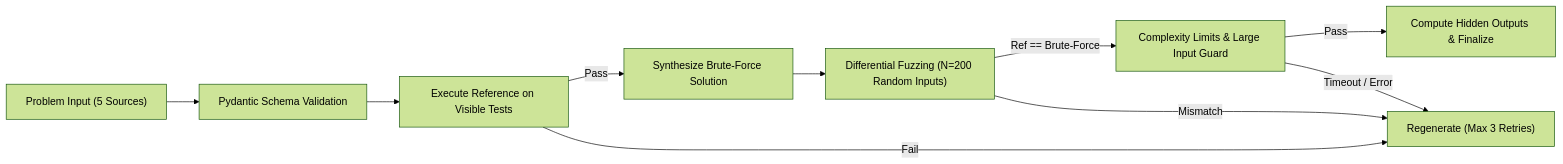
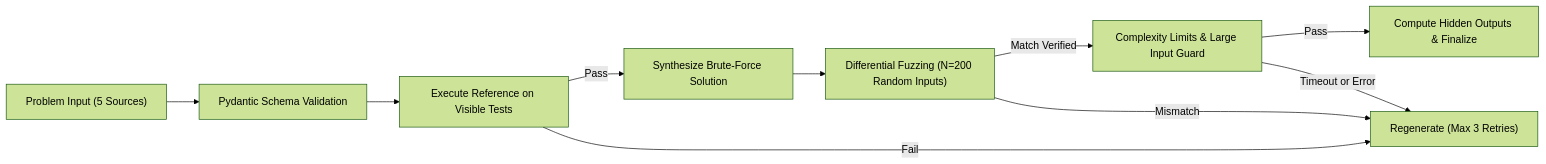
One commit to m0y0nk/Intervue changed the third of 3 diagrams in README.md. Above: the diagram before and after it, drawn with Mermaid (forest theme). The commit also changed other lines of this file, not shown here.

Commit message:
fix(doc): fixed mermaid syntax in readme

````diff
--- a/README.md
+++ b/README.md
@@ -185,12 +185,12 @@
 ```mermaid
 flowchart LR
     A["Problem Input (5 Sources)"] --> B["Pydantic Schema Validation"]
     B --> C["Execute Reference on Visible Tests"]
     C -->|Pass| D["Synthesize Brute-Force Solution"]
     C -->|Fail| R["Regenerate (Max 3 Retries)"]
     D --> E["Differential Fuzzing (N=200 Random Inputs)"]
-    E -->|Ref == Brute-Force| F["Complexity Limits & Large Input Guard"]
+    E -->|Match Verified| F["Complexity Limits & Large Input Guard"]
     E -->|Mismatch| R
     F -->|Pass| G["Compute Hidden Outputs & Finalize"]
-    F -->|Timeout / Error| R
+    F -->|Timeout or Error| R
 ```
````
